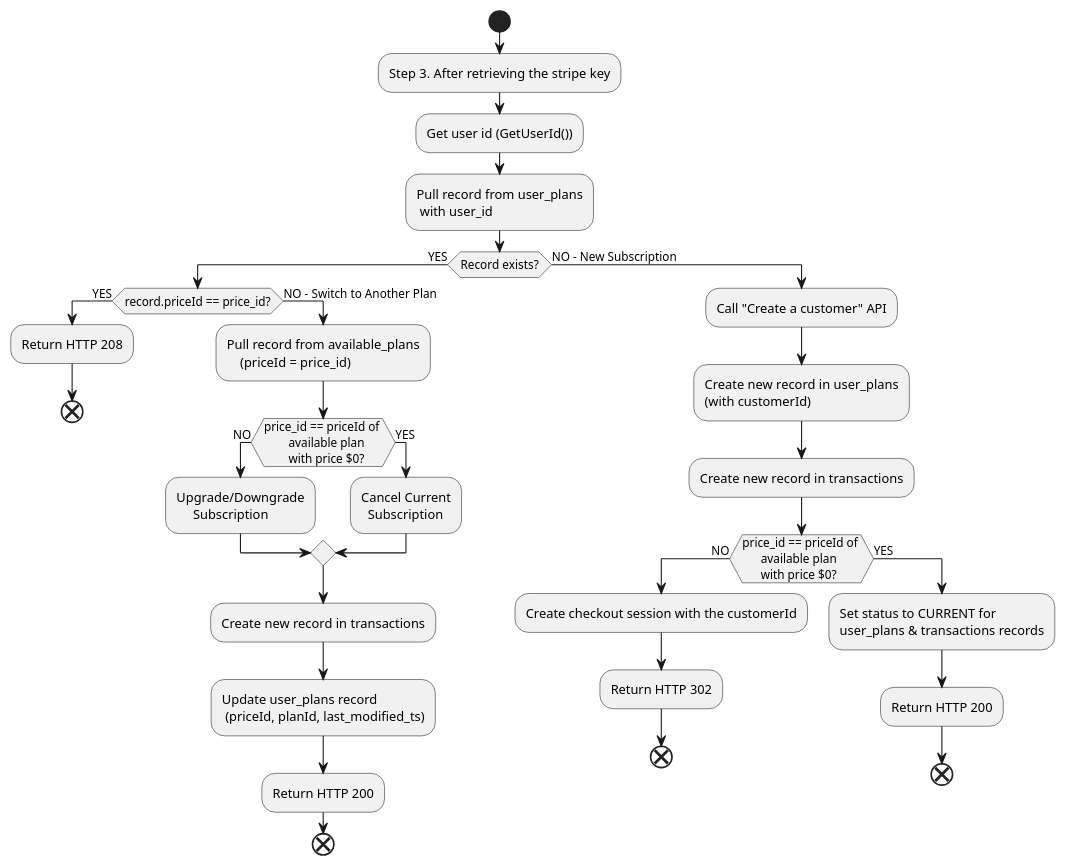
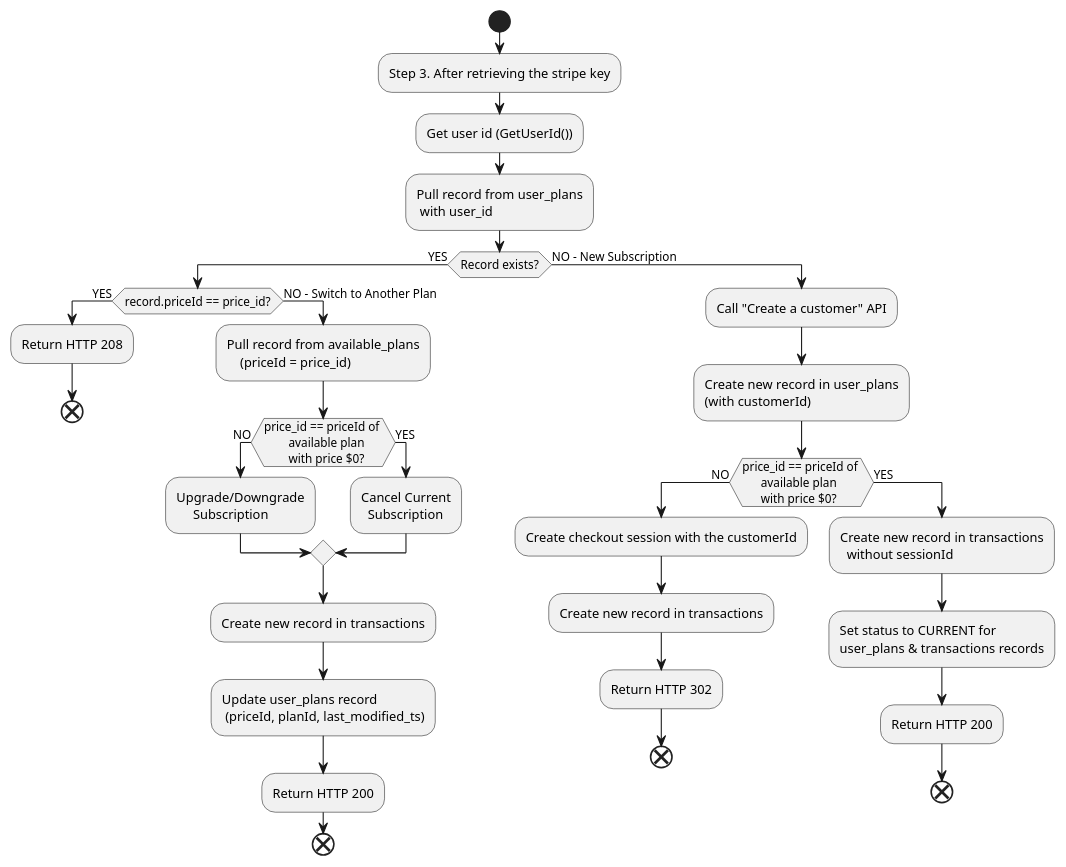
Before and after one commit to talentaz/subscription_manager: the second of 2 diagrams in README.md, drawn with PlantUML.

````diff
--- a/README.md
+++ b/README.md
@@ -117,48 +117,50 @@
 ```plantuml
 start
 :Step 3. After retrieving the stripe key;
 :Get user id (GetUserId());
 :Pull record from user_plans 
  with user_id;
 If (Record exists?) then (YES)
   If (record.priceId == price_id?) then (YES)
     :Return HTTP 208;
     end
     Else (NO - Switch to Another Plan)
       :Pull record from available_plans 
           (priceId = price_id);
       If (price_id == priceId of 
         available plan 
         with price $0?) then (NO)
       :Upgrade/Downgrade 
            Subscription;
     Else (YES)
       :Cancel Current 
         Subscription;
     EndIf
     
     :Create new record in transactions;
     :Update user_plans record 
      (priceId, planId, last_modified_ts);
     :Return HTTP 200;
     end
   Endif
 Else (NO - New Subscription)
   :Call "Create a customer" API;
   :Create new record in user_plans 
   (with customerId);
-  :Create new record in transactions;
   If (price_id == priceId of 
       available plan 
       with price $0?) then (NO)
     :Create checkout session with the customerId;
+    :Create new record in transactions;
     :Return HTTP 302;
     end
   Else (YES)
+    :Create new record in transactions
+      without sessionId;
     :Set status to CURRENT for 
     user_plans & transactions records;
     :Return HTTP 200;
     end
   EndIf
 EndIf
 ```
````
